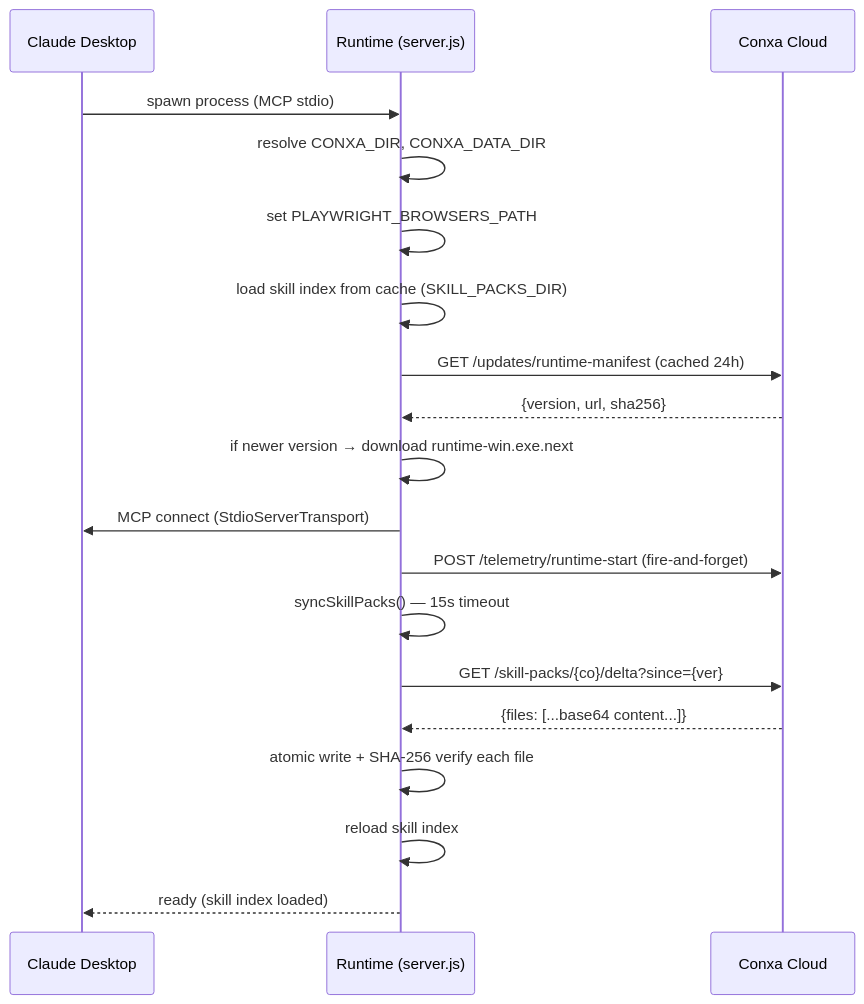
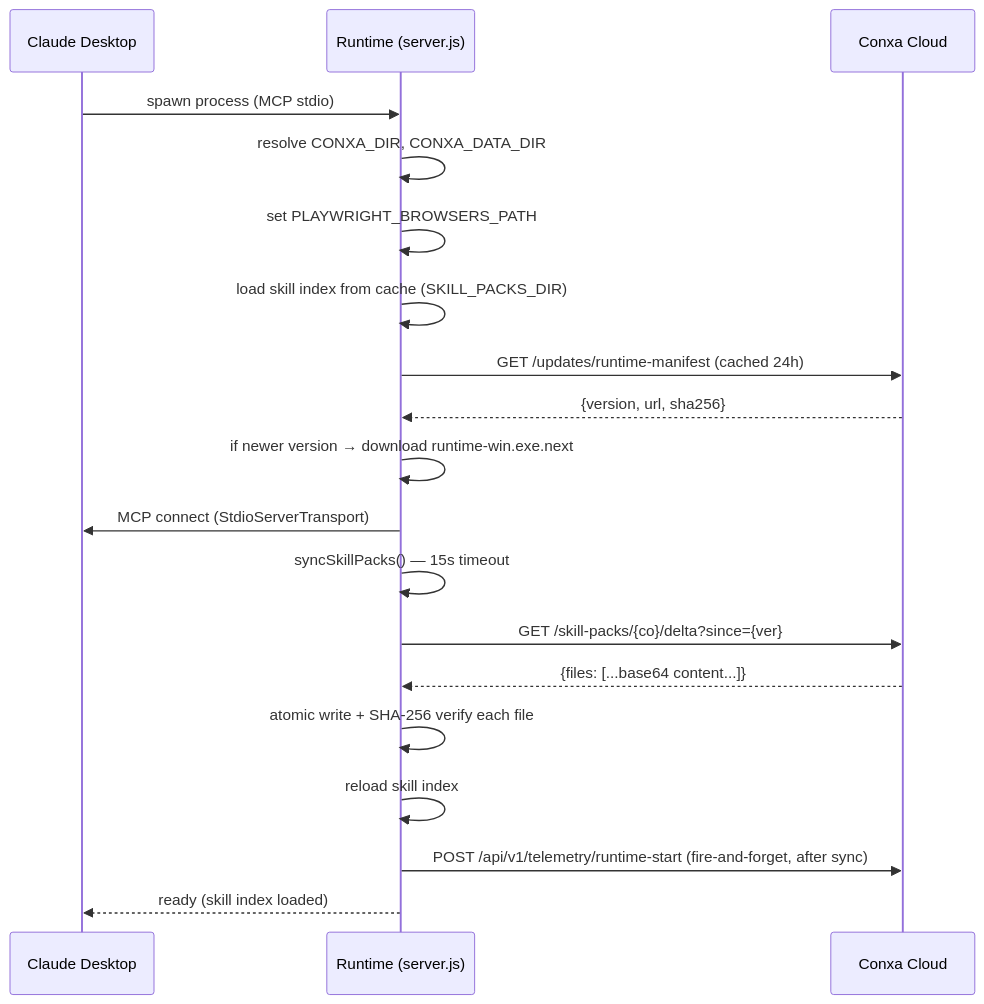
The first of 7 diagrams in docs/TRD.md (Cannonbold2412/AI_NATIVE), drawn with Mermaid before and after one commit. The commit also changed other lines of this file and 13 other files, not shown here.

First line of the commit message:
Add runtime telemetry and audit logging

````diff
--- a/docs/TRD.md
+++ b/docs/TRD.md
@@ -294,22 +296,22 @@
 ```mermaid
 sequenceDiagram
     participant CD as Claude Desktop
     participant RT as Runtime (server.js)
     participant Cloud as Conxa Cloud
 
     CD->>RT: spawn process (MCP stdio)
     RT->>RT: resolve CONXA_DIR, CONXA_DATA_DIR
     RT->>RT: set PLAYWRIGHT_BROWSERS_PATH
     RT->>RT: load skill index from cache (SKILL_PACKS_DIR)
     RT->>Cloud: GET /updates/runtime-manifest (cached 24h)
     Cloud-->>RT: {version, url, sha256}
     RT->>RT: if newer version → download runtime-win.exe.next
     RT->>CD: MCP connect (StdioServerTransport)
-    RT->>Cloud: POST /telemetry/runtime-start (fire-and-forget)
     RT->>RT: syncSkillPacks() — 15s timeout
     RT->>Cloud: GET /skill-packs/{co}/delta?since={ver}
     Cloud-->>RT: {files: [...base64 content...]}
     RT->>RT: atomic write + SHA-256 verify each file
     RT->>RT: reload skill index
+    RT->>Cloud: POST /api/v1/telemetry/runtime-start (fire-and-forget, after sync)
     RT-->>CD: ready (skill index loaded)
 ```
````
